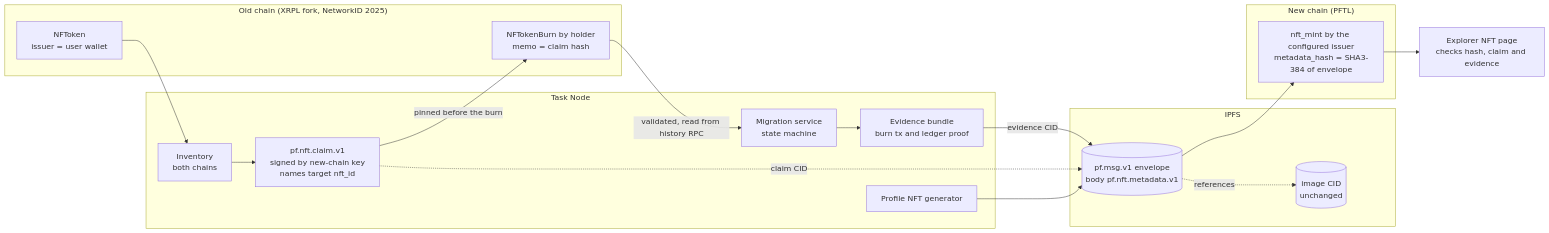
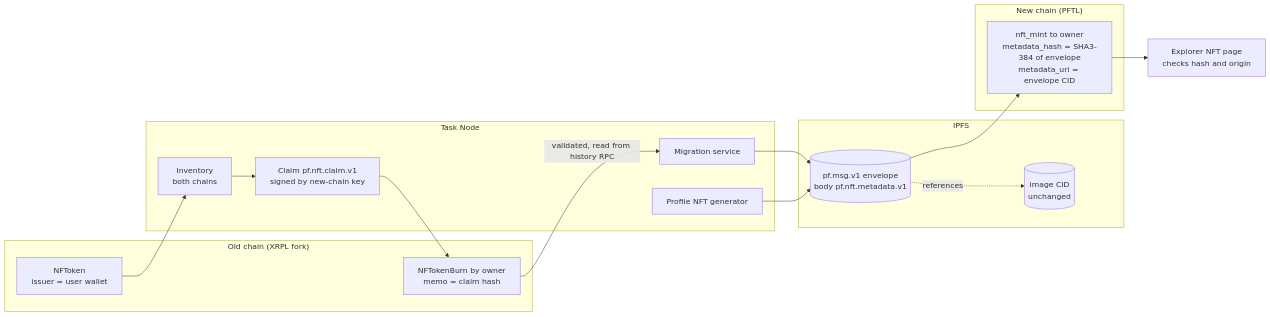
Before and after one commit to postfiatorg/postfiatl1v2: the diagram in big_milestone/pillars/04-nft-system.md, drawn with Mermaid. The commit also changed other lines of this file and 37 other files, not shown here.

````diff
--- a/big_milestone/pillars/04-nft-system.md
+++ b/big_milestone/pillars/04-nft-system.md
@@ -50,31 +58,27 @@
 ```mermaid
 flowchart LR
-    subgraph OLD["Old chain (XRPL fork, NetworkID 2025)"]
+    subgraph OLD["Old chain (XRPL fork)"]
       O1["NFToken<br/>issuer = user wallet"]
-      OB["NFTokenBurn by holder<br/>memo = claim hash"]
+      OB["NFTokenBurn by owner<br/>memo = claim hash"]
     end
     subgraph TN["Task Node"]
       INV["Inventory<br/>both chains"]
-      CL["pf.nft.claim.v1<br/>signed by new-chain key<br/>names target nft_id"]
-      MS["Migration service<br/>state machine"]
-      EV["Evidence bundle<br/>burn tx and ledger proof"]
+      CL["Claim pf.nft.claim.v1<br/>signed by new-chain key"]
+      MS[Migration service]
       GEN[Profile NFT generator]
     end
     subgraph IPFS
       IMG[("image CID<br/>unchanged")]
       ENV[("pf.msg.v1 envelope<br/>body pf.nft.metadata.v1")]
     end
     subgraph NEW["New chain (PFTL)"]
-      N1["nft_mint by the configured issuer<br/>metadata_hash = SHA3-384 of envelope"]
+      N1["nft_mint to owner<br/>metadata_hash = SHA3-384 of envelope<br/>metadata_uri = envelope CID"]
     end
-    O1 --> INV --> CL
-    CL -->|"pinned before the burn"| OB
+    O1 --> INV --> CL --> OB
     OB -->|"validated, read from history RPC"| MS
-    MS --> EV
-    EV -->|"evidence CID"| ENV
-    CL -.->|"claim CID"| ENV
+    MS --> ENV
     GEN --> ENV
     ENV -.->|references| IMG
     ENV --> N1
-    N1 --> EX["Explorer NFT page<br/>checks hash, claim and evidence"]
+    N1 --> EX["Explorer NFT page<br/>checks hash and origin"]
 ```
````
